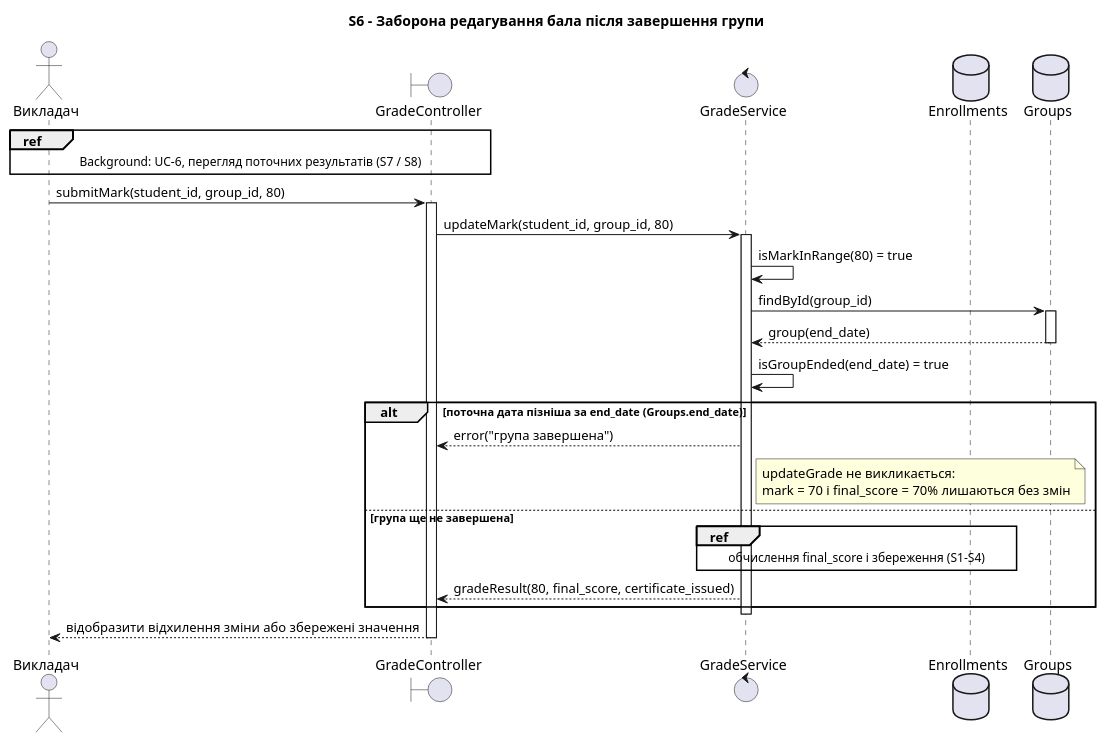
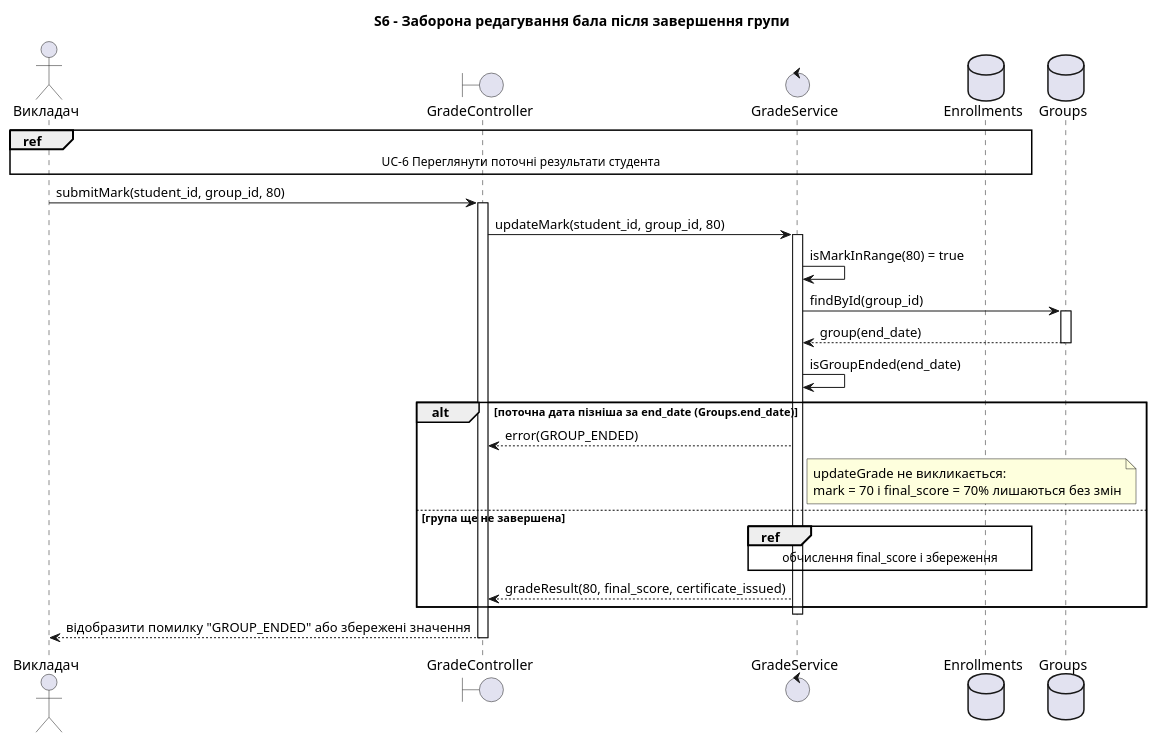
Before and after one commit to ka1tya/KPI: the sixth of 8 diagrams in lab3/sequence-diagrams.puml, drawn with PlantUML. The commit also changed other lines of this file and 9 other files, not shown here.

```diff
--- a/lab3/sequence-diagrams.puml
+++ b/lab3/sequence-diagrams.puml
@@ -214,33 +215,33 @@
 @startuml S6
  title S6 - Заборона редагування бала після завершення групи
 
  actor "Викладач" as Teacher
  boundary "GradeController" as Controller
  control "GradeService" as GradeService
  database "Enrollments" as Enrollments
  database "Groups" as Groups
  
- ref over Teacher, Controller : Background: UC-6, перегляд поточних результатів (S7 / S8)
+ ref over Teacher, Enrollments : UC-6 Переглянути поточні результати студента
 
  Teacher -> Controller : submitMark(student_id, group_id, 80)
  activate Controller
  Controller -> GradeService : updateMark(student_id, group_id, 80)
  activate GradeService
 
  GradeService -> GradeService : isMarkInRange(80) = true
  GradeService -> Groups : findById(group_id)
  activate Groups
  Groups --> GradeService : group(end_date)
  deactivate Groups
- GradeService -> GradeService : isGroupEnded(end_date) = true
+ GradeService -> GradeService : isGroupEnded(end_date)
  alt поточна дата пізніша за end_date (Groups.end_date)
-   GradeService --> Controller : error("група завершена")
+   GradeService --> Controller : error(GROUP_ENDED)
    note right of GradeService : updateGrade не викликається:\nmark = 70 і final_score = 70% лишаються без змін
  else група ще не завершена
-   ref over GradeService, Enrollments : обчислення final_score і збереження (S1-S4)
+   ref over GradeService, Enrollments : обчислення final_score і збереження
    GradeService --> Controller : gradeResult(80, final_score, certificate_issued)
  end
  deactivate GradeService
- Controller --> Teacher : відобразити відхилення зміни або збережені значення
+ Controller --> Teacher : відобразити помилку "GROUP_ENDED" або збережені значення
  deactivate Controller
 @enduml
```
